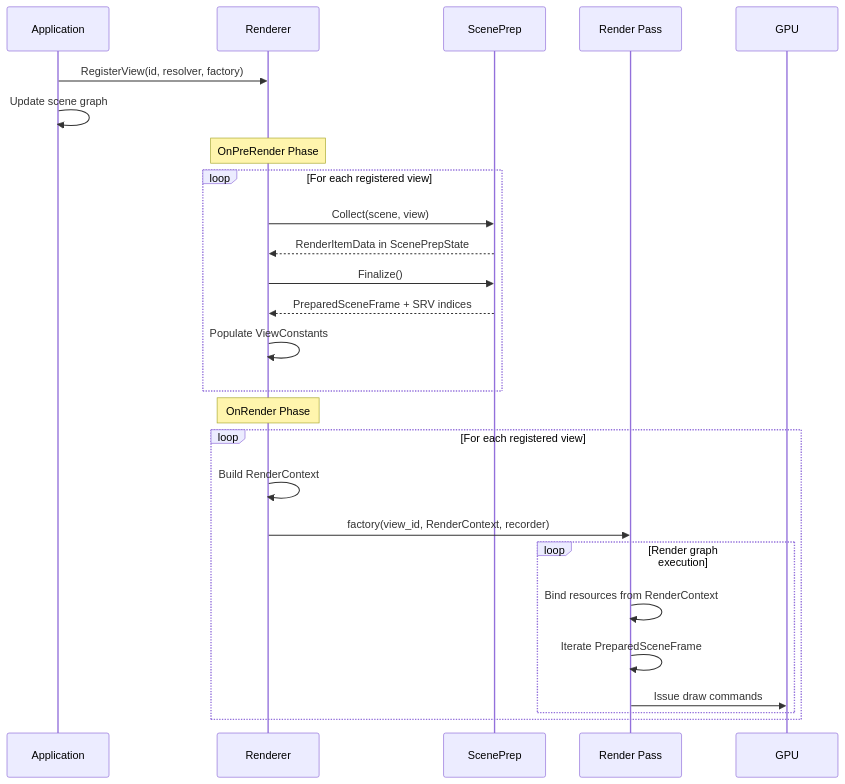
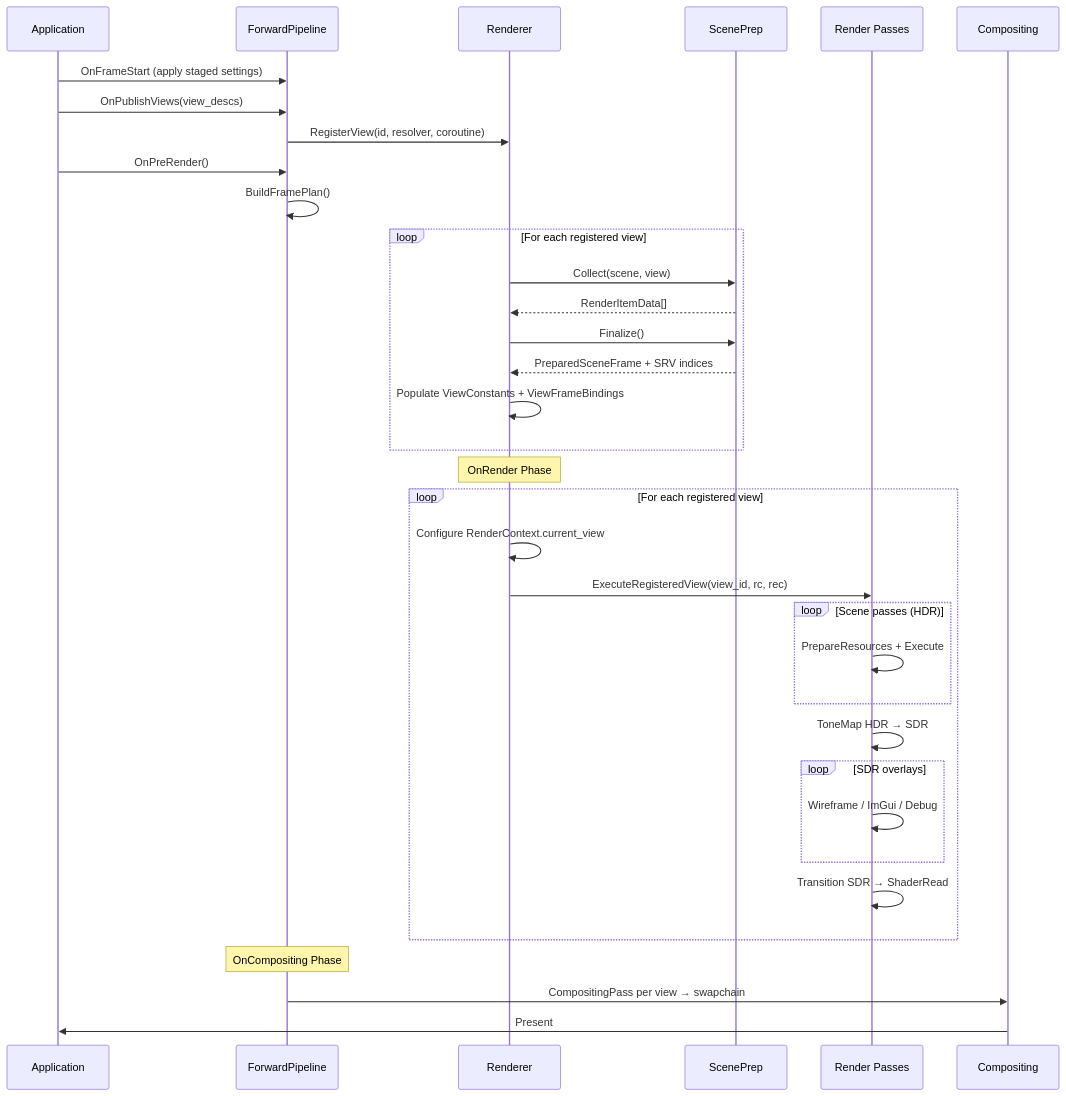
Before and after one commit to abdes/DroidNet: the seventh of 7 diagrams in projects/Oxygen.Engine/src/Oxygen/Renderer/Docs/passes/data_flow.md, drawn with Mermaid. The commit also changed other lines of this file and 1 other file, not shown here.

Commit message:
docs(rndr): update and enhance the renderer top-level design docs

````diff
--- a/projects/Oxygen.Engine/src/Oxygen/Renderer/Docs/passes/data_flow.md
+++ b/projects/Oxygen.Engine/src/Oxygen/Renderer/Docs/passes/data_flow.md
@@ -360,30 +411,42 @@
 ```mermaid
 sequenceDiagram
     participant App as Application
+    participant Pipe as ForwardPipeline
     participant Renderer
     participant ScenePrep
-    participant Pass as Render Pass
+    participant Pass as Render Passes
+    participant Comp as Compositing
 
-    App->>Renderer: RegisterView(id, resolver, factory)
-    App->>App: Update scene graph
+    App->>Pipe: OnFrameStart (apply staged settings)
 
-    Note over Renderer: OnPreRender Phase
+    App->>Pipe: OnPublishViews(view_descs)
+    Pipe->>Renderer: RegisterView(id, resolver, coroutine)
+
+    App->>Pipe: OnPreRender()
+    Pipe->>Pipe: BuildFramePlan()
     loop For each registered view
         Renderer->>ScenePrep: Collect(scene, view)
-        ScenePrep-->>Renderer: RenderItemData in ScenePrepState
+        ScenePrep-->>Renderer: RenderItemData[]
         Renderer->>ScenePrep: Finalize()
         ScenePrep-->>Renderer: PreparedSceneFrame + SRV indices
-        Renderer->>Renderer: Populate ViewConstants
+        Renderer->>Renderer: Populate ViewConstants + ViewFrameBindings
     end
 
     Note over Renderer: OnRender Phase
     loop For each registered view
-        Renderer->>Renderer: Build RenderContext
-        Renderer->>Pass: factory(view_id, RenderContext, recorder)
-        loop Render graph execution
-            Pass->>Pass: Bind resources from RenderContext
-            Pass->>Pass: Iterate PreparedSceneFrame
-            Pass->>GPU: Issue draw commands
+        Renderer->>Renderer: Configure RenderContext.current_view
+        Renderer->>Pass: ExecuteRegisteredView(view_id, rc, rec)
+        loop Scene passes (HDR)
+            Pass->>Pass: PrepareResources + Execute
         end
+        Pass->>Pass: ToneMap HDR → SDR
+        loop SDR overlays
+            Pass->>Pass: Wireframe / ImGui / Debug
+        end
+        Pass->>Pass: Transition SDR → ShaderRead
     end
+
+    Note over Pipe: OnCompositing Phase
+    Pipe->>Comp: CompositingPass per view → swapchain
+    Comp->>App: Present
 ```
````
